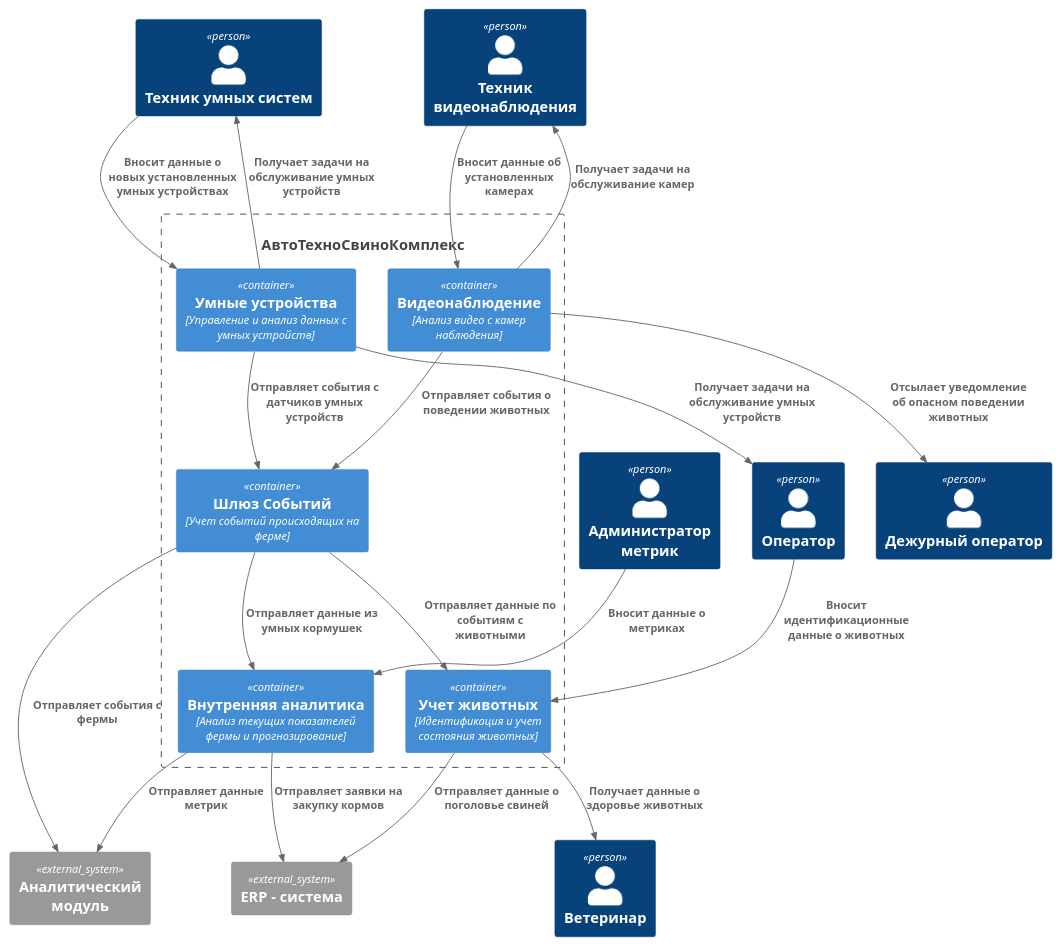
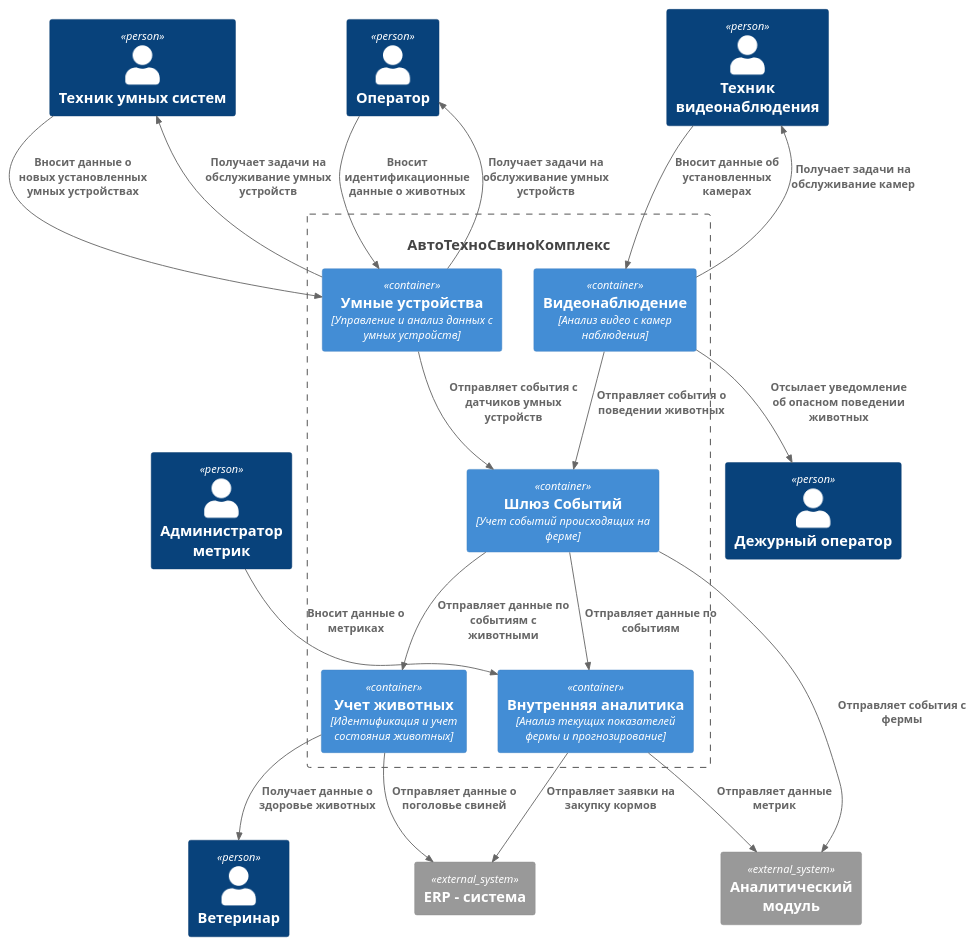
The diagram in Task2/ATCK_C4_Containers.puml (mirray/MSA-AgroTech), drawn with PlantUML before and after one commit.

Commit message:
minor changes in diagram

```diff
--- a/Task2/ATCK_C4_Containers.puml
+++ b/Task2/ATCK_C4_Containers.puml
@@ -1,48 +1,48 @@
 @startuml Архитектура_АвтоТехноСвиноКомплекс_v1
 !include <C4/C4_Container>
 
 ' === Участники ===
 Person(duty_operator, "Дежурный оператор")
 Person(technican, "Техник умных систем")
 Person(cv_technican, "Техник видеонаблюдения")
 Person(operator, "Оператор")
 Person(vet, "Ветеринар")
 Person(metric_admin, "Администратор метрик")
 
 System(atck, "АвтоТехноСвиноКомплекс")
 System_Ext(analytic, "Аналитический модуль")
 System_Ext(erp, "ERP - система")
 
 System_Boundary(atck, "АвтоТехноСвиноКомплекс"){
     Container(c_video, "Видеонаблюдение", "Анализ видео с камер наблюдения")
     Container(c_iot, "Умные устройства", "Управление и анализ данных с умных устройств")
     Container(c_events, "Шлюз Событий", "Учет событий происходящих на ферме")
     Container(c_registry, "Учет животных", "Идентификация и учет состояния животных")
     Container(c_analytic, "Внутренняя аналитика", "Анализ текущих показателей фермы и прогнозирование")
 }
 
 Rel(c_video, c_events, "Отправляет события о поведении животных")
 Rel(cv_technican, c_video,"Вносит данные об установленных камерах")
 Rel(c_video, cv_technican, "Получает задачи на обслуживание камер")
 Rel(c_video, duty_operator, "Отсылает уведомление об опасном поведении животных")
 
 Rel(c_iot, c_events, "Отправляет события с датчиков умных устройств")
 Rel(c_iot, operator, "Получает задачи на обслуживание умных устройств")
 
 Rel(technican, c_iot,"Вносит данные о новых установленных умных устройствах")
 Rel(c_iot, technican, "Получает задачи на обслуживание умных устройств")
 
-Rel(operator, c_registry, "Вносит идентификационные данные о животных")
+Rel(operator, c_iot, "Вносит идентификационные данные о животных")
 Rel(c_events, c_registry, "Отправляет данные по событиям с животными")
 
 Rel(c_registry, vet, "Получает данные о здоровье животных")
 Rel(c_registry, erp, "Отправляет данные о поголовье свиней")
 
-Rel(c_events, c_analytic,"Отправляет данные из умных кормушек")
+Rel(c_events, c_analytic,"Отправляет данные по событиям")
 Rel(c_analytic, erp, "Отправляет заявки на закупку кормов")
 Rel(metric_admin, c_analytic,"Вносит данные о метриках")
 
 Rel(c_analytic, analytic, "Отправляет данные метрик")
 Rel(c_events, analytic, "Отправляет события с фермы")
 
 @enduml
```
